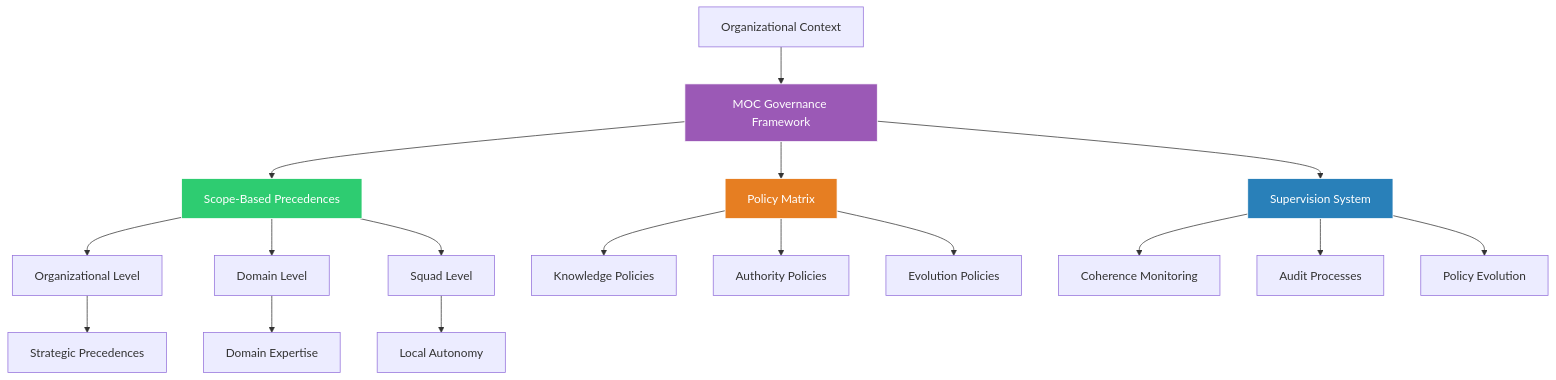
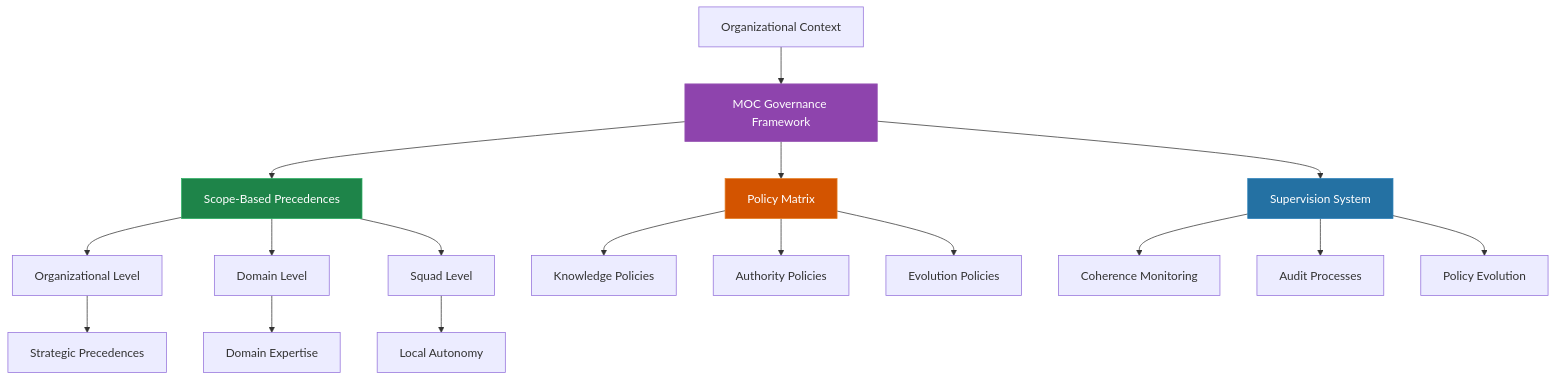
The first of 4 diagrams in content/en/docs/manual/moc-governance.md (casheiro/matrix-protocol), drawn with Mermaid before and after one commit. The commit also changed other lines of this file and 36 other files, not shown here.

````diff
--- a/content/en/docs/manual/moc-governance.md
+++ b/content/en/docs/manual/moc-governance.md
@@ -41,28 +41,29 @@
 ```mermaid
 graph TD
     A[Organizational Context] --> B[MOC Governance Framework]
     B --> C[Scope-Based Precedences]
     B --> D[Policy Matrix]
     B --> E[Supervision System]
     
     C --> F[Organizational Level]
     C --> G[Domain Level]
     C --> H[Squad Level]
     
     D --> I[Knowledge Policies]
     D --> J[Authority Policies]
     D --> K[Evolution Policies]
     
     E --> L[Coherence Monitoring]
     E --> M[Audit Processes]
     E --> N[Policy Evolution]
     
     F --> O[Strategic Precedences]
     G --> P[Domain Expertise]
     H --> Q[Local Autonomy]
     
-    style B fill:#9B59B6,stroke:#fff,color:#fff
-    style C fill:#2ECC71,stroke:#fff,color:#fff
-    style D fill:#E67E22,stroke:#fff,color:#fff
-    style E fill:#2980B9,stroke:#fff,color:#fff
+    %% MOC Governance - Clear hierarchy styling
+    style B fill:#8E44AD,stroke:#9B59B6,color:#fff
+    style C fill:#1E8449,stroke:#27AE60,color:#fff
+    style D fill:#D35400,stroke:#E67E22,color:#fff
+    style E fill:#2471A3,stroke:#2980B9,color:#fff
 ```
````
